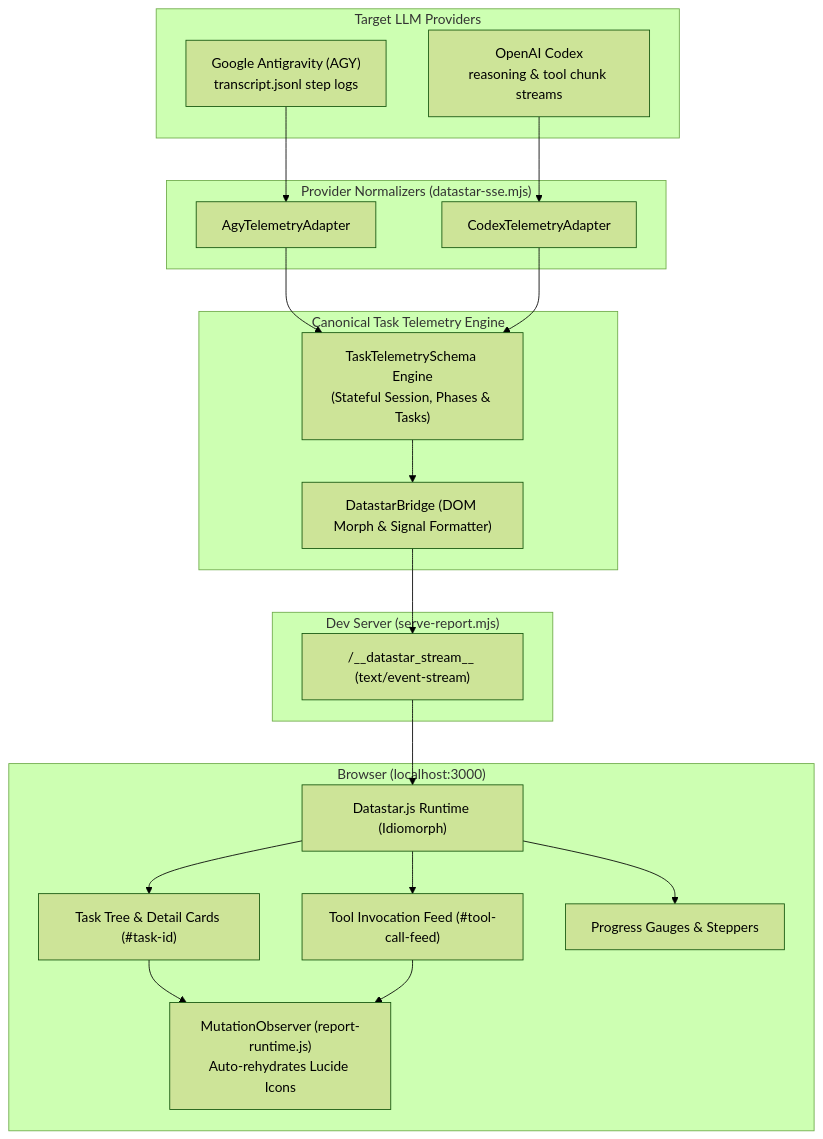
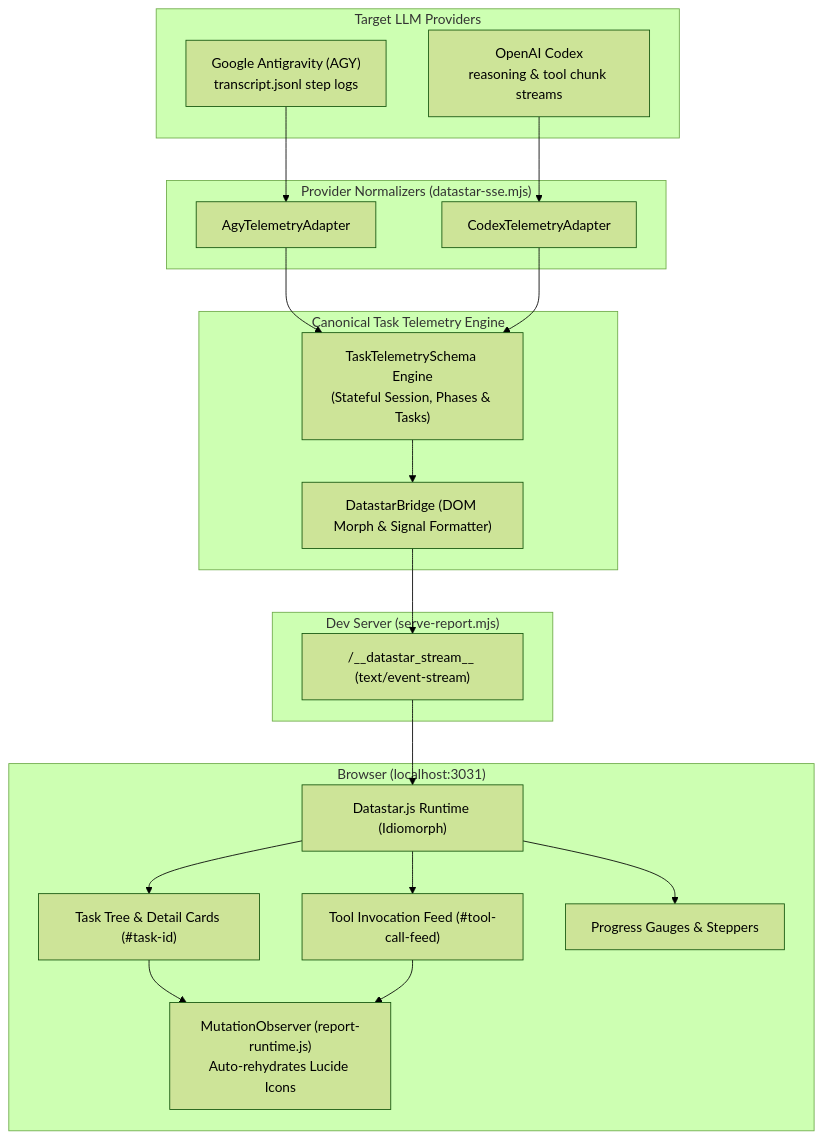
One commit to DriesVerb/html-report changed the first of 2 diagrams in skills/html-report/references/datastar-live-dashboards.md. Above: the diagram before and after it, drawn with Mermaid (forest theme). The commit also changed 56 other files, not shown here.

````diff
--- a/skills/html-report/references/datastar-live-dashboards.md
+++ b/skills/html-report/references/datastar-live-dashboards.md
@@ -30,33 +30,33 @@
 ```mermaid
 flowchart TD
     subgraph Providers["Target LLM Providers"]
         AGY["Google Antigravity (AGY)\ntranscript.jsonl step logs"]
         Codex["OpenAI Codex\nreasoning & tool chunk streams"]
     end
 
     subgraph Adapters["Provider Normalizers (datastar-sse.mjs)"]
         AgyAdapt["AgyTelemetryAdapter"]
         CodexAdapt["CodexTelemetryAdapter"]
         AGY --> AgyAdapt
         Codex --> CodexAdapt
     end
 
     subgraph Core["Canonical Task Telemetry Engine"]
         AgyAdapt --> SchemaEngine["TaskTelemetrySchema Engine\n(Stateful Session, Phases & Tasks)"]
         CodexAdapt --> SchemaEngine
         SchemaEngine --> Bridge["DatastarBridge (DOM Morph & Signal Formatter)"]
     end
 
     subgraph Server["Dev Server (serve-report.mjs)"]
         Bridge --> SSERoute["/__datastar_stream__ (text/event-stream)"]
     end
 
-    subgraph Client["Browser (localhost:3000)"]
+    subgraph Client["Browser (localhost:3031)"]
         SSERoute --> DS["Datastar.js Runtime (Idiomorph)"]
         DS --> TaskTree["Task Tree & Detail Cards (#task-id)"]
         DS --> ToolFeed["Tool Invocation Feed (#tool-call-feed)"]
         DS --> Gauges["Progress Gauges & Steppers"]
         TaskTree --> Observer["MutationObserver (report-runtime.js)\nAuto-rehydrates Lucide Icons"]
         ToolFeed --> Observer
     end
 ```
````
